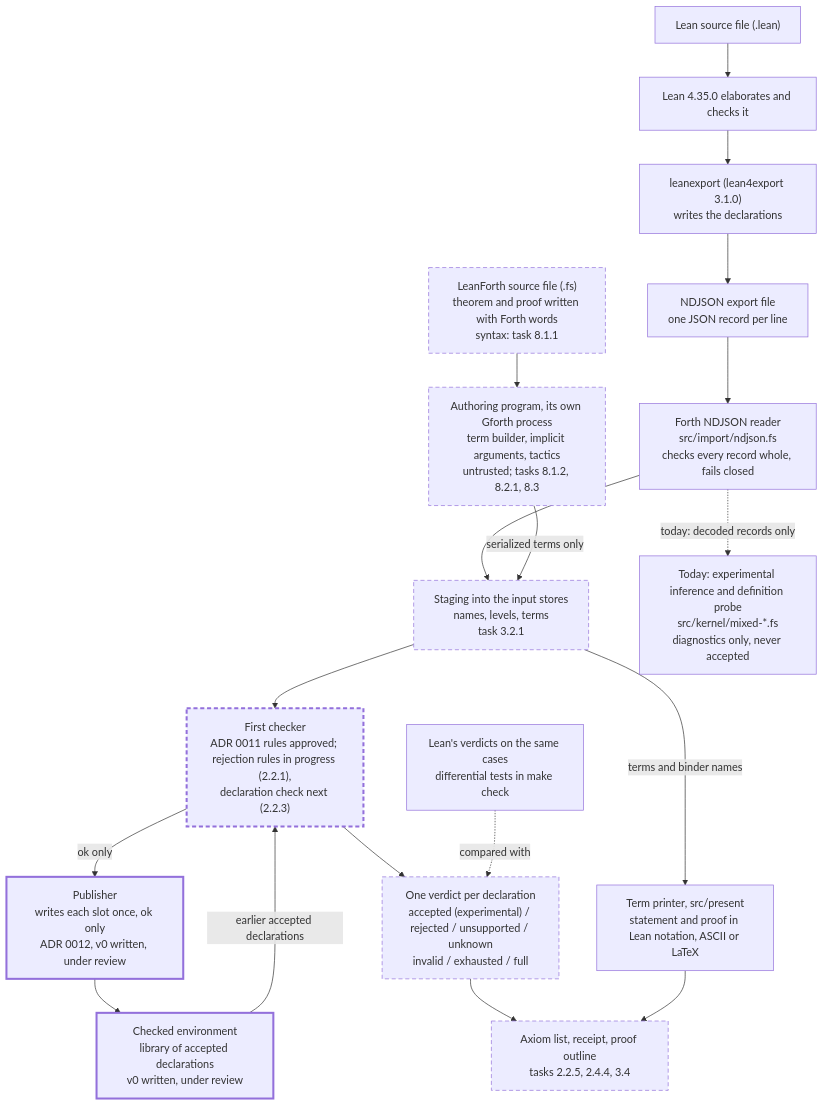
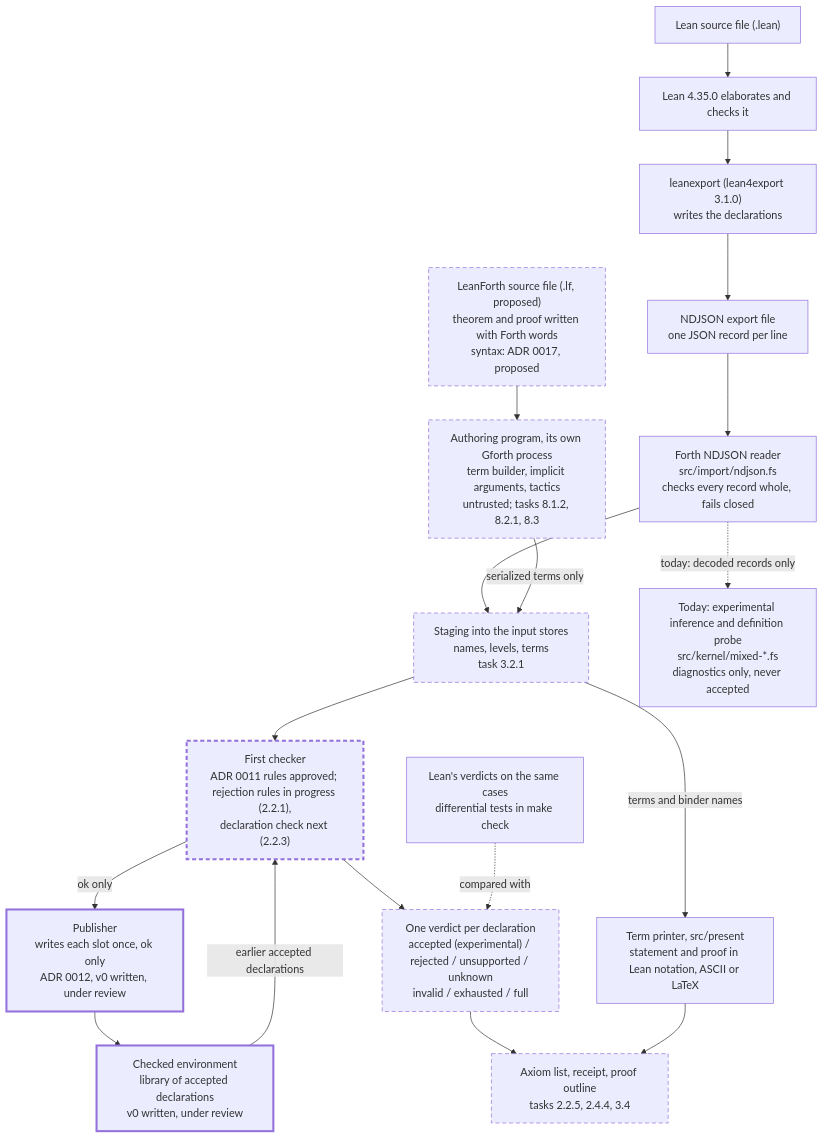
One commit to pmilford/LeanForth changed the first of 2 diagrams in docs/user/WORKFLOWS.md. Above: the diagram before and after it, drawn with Mermaid. The commit also changed other lines of this file and 5 other files, not shown here.

First line of the commit message:
Propose the LeanForth Forth syntax as words run by Forth (ADR 0017)

````diff
--- a/docs/user/WORKFLOWS.md
+++ b/docs/user/WORKFLOWS.md
@@ -28,38 +30,38 @@
 ```mermaid
 flowchart TD
   src["Lean source file (.lean)"]
-  lfsrc["LeanForth source file (.fs)<br/>theorem and proof written with Forth words<br/>syntax: task 8.1.1"]
+  lfsrc["LeanForth source file (.lf, proposed)<br/>theorem and proof written with Forth words<br/>syntax: ADR 0017, proposed"]
   author["Authoring program, its own Gforth process<br/>term builder, implicit arguments, tactics<br/>untrusted; tasks 8.1.2, 8.2.1, 8.3"]
   lean["Lean 4.35.0 elaborates and checks it"]
   exp["leanexport (lean4export 3.1.0)<br/>writes the declarations"]
   nd["NDJSON export file<br/>one JSON record per line"]
   rd["Forth NDJSON reader<br/>src/import/ndjson.fs<br/>checks every record whole, fails closed"]
   stage["Staging into the input stores<br/>names, levels, terms<br/>task 3.2.1"]
   probe["Today: experimental inference and definition probe<br/>src/kernel/mixed-*.fs<br/>diagnostics only, never accepted"]
   chk["First checker<br/>ADR 0011 rules approved; rejection rules in progress (2.2.1),<br/>declaration check next (2.2.3)"]
   pub["Publisher<br/>writes each slot once, ok only<br/>ADR 0012, v0 written, under review"]
   env["Checked environment<br/>library of accepted declarations<br/>v0 written, under review"]
   out["One verdict per declaration<br/>accepted (experimental) / rejected / unsupported / unknown<br/>invalid / exhausted / full"]
   print["Term printer, src/present<br/>statement and proof in Lean notation, ASCII or LaTeX"]
   more["Axiom list, receipt, proof outline<br/>tasks 2.2.5, 2.4.4, 3.4"]
   ref["Lean's verdicts on the same cases<br/>differential tests in make check"]
 
   src --> lean --> exp --> nd --> rd
   lfsrc --> author
   rd --> stage
   author -- "serialized terms only" --> stage
   stage --> chk
   chk -- "ok only" --> pub --> env
   env -- "earlier accepted declarations" --> chk
   chk --> out --> more
   stage -- "terms and binder names" --> print
   print --> more
   rd -. "today: decoded records only" .-> probe
   ref -. "compared with" .-> out
 
   classDef planned stroke-dasharray: 6 4
   classDef gate stroke-width: 3px
   class stage,out,more,lfsrc,author planned
   class chk planned
   class chk,pub,env gate
 ```
````
